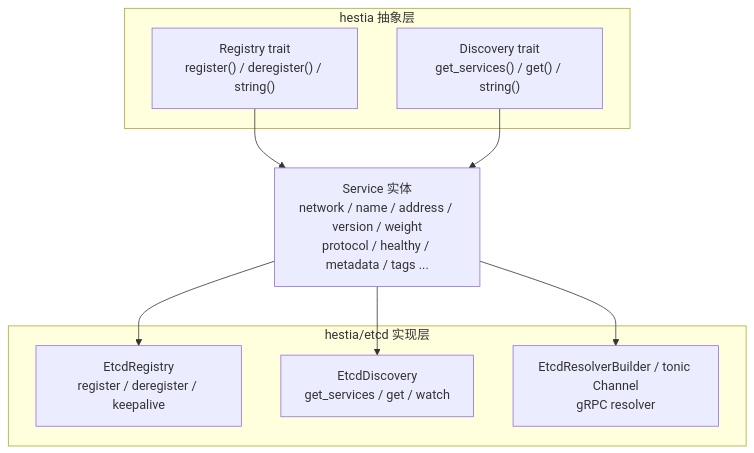
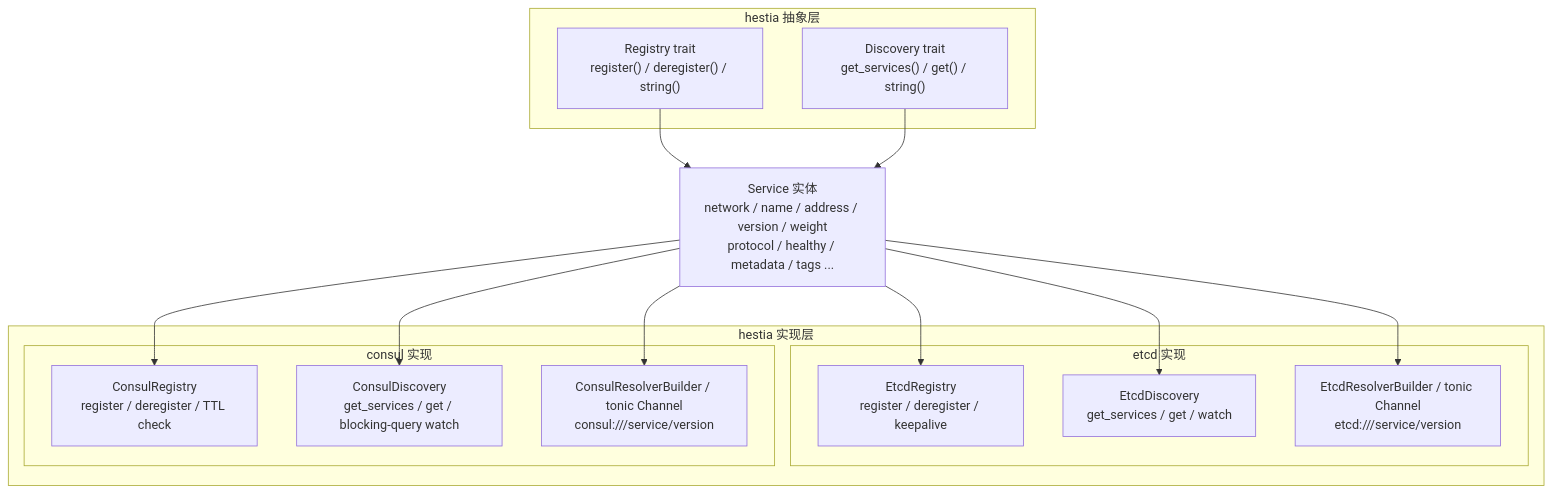
One commit to daheige/hephfx changed the diagram in rs-hestia/readme.md. Above: the diagram before and after it, drawn with Mermaid. The commit also changed other lines of this file and 1 other file, not shown here.

````diff
--- a/rs-hestia/readme.md
+++ b/rs-hestia/readme.md
@@ -37,21 +43,32 @@
 ```mermaid
 flowchart TB
     subgraph Abstract["hestia 抽象层"]
         Registry["Registry trait\nregister() / deregister() / string()"]
         Discovery["Discovery trait\nget_services() / get() / string()"]
     end
 
     Service["Service 实体\nnetwork / name / address / version / weight\nprotocol / healthy / metadata / tags ..."]
 
-    subgraph Impl["hestia/etcd 实现层"]
-        EtcdRegistry["EtcdRegistry\nregister / deregister / keepalive"]
-        EtcdDiscovery["EtcdDiscovery\nget_services / get / watch"]
-        EtcdResolver["EtcdResolverBuilder / tonic Channel\ngRPC resolver"]
+    subgraph Impl["hestia 实现层"]
+        subgraph EtcdImpl["etcd 实现"]
+            EtcdRegistry["EtcdRegistry\nregister / deregister / keepalive"]
+            EtcdDiscovery["EtcdDiscovery\nget_services / get / watch"]
+            EtcdResolver["EtcdResolverBuilder / tonic Channel\netcd:///service/version"]
+        end
+
+        subgraph ConsulImpl["consul 实现"]
+            ConsulRegistry["ConsulRegistry\nregister / deregister / TTL check"]
+            ConsulDiscovery["ConsulDiscovery\nget_services / get / blocking-query watch"]
+            ConsulResolver["ConsulResolverBuilder / tonic Channel\nconsul:///service/version"]
+        end
     end
 
     Registry --> Service
     Discovery --> Service
     Service --> EtcdRegistry
     Service --> EtcdDiscovery
     Service --> EtcdResolver
+    Service --> ConsulRegistry
+    Service --> ConsulDiscovery
+    Service --> ConsulResolver
 ```
````
